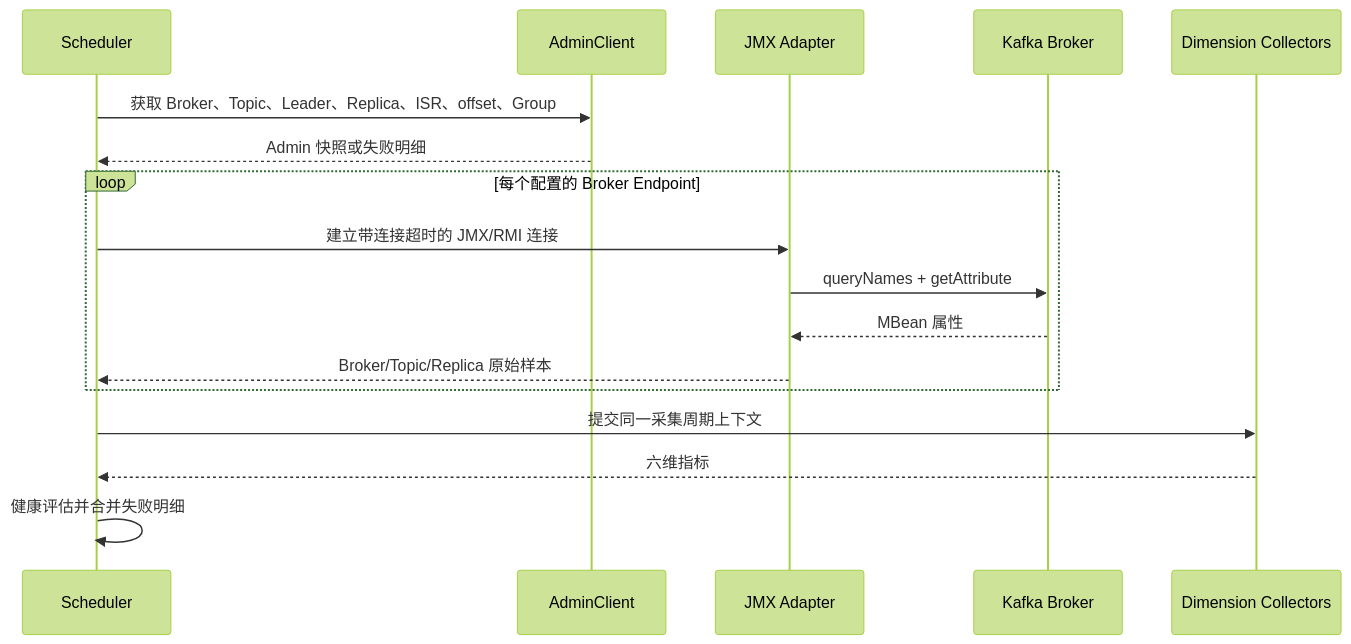
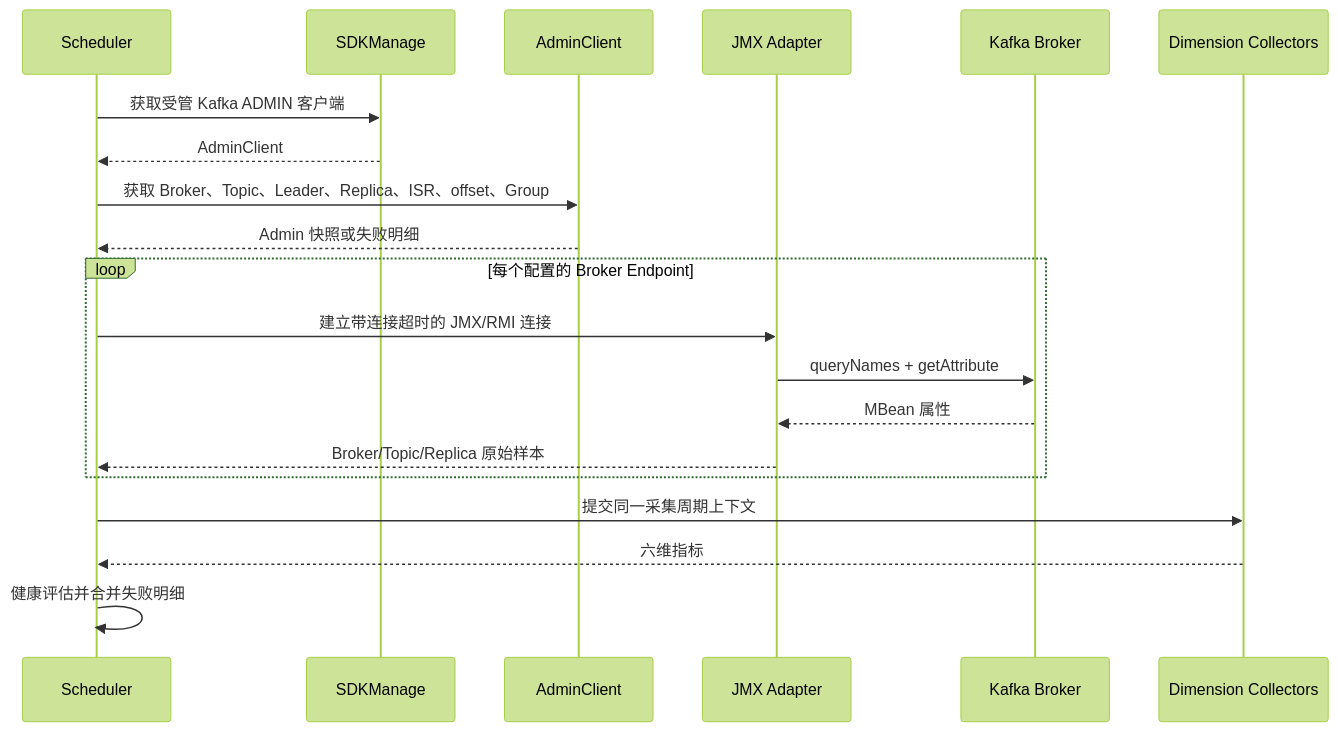
One commit to SwimmingLiu/eventmesh-dashboard changed the fifth of 6 diagrams in doc/Kafka指标采集设计.md. Above: the diagram before and after it, drawn with Mermaid (forest theme). The commit also changed other lines of this file and 44 other files, not shown here.

````diff
--- a/doc/Kafka指标采集设计.md
+++ b/doc/Kafka指标采集设计.md
@@ -84,20 +192,23 @@
 ```mermaid
 sequenceDiagram
     participant S as Scheduler
+    participant M as SDKManage
     participant A as AdminClient
     participant J as JMX Adapter
     participant B as Kafka Broker
     participant D as Dimension Collectors
 
+    S->>M: 获取受管 Kafka ADMIN 客户端
+    M-->>S: AdminClient
     S->>A: 获取 Broker、Topic、Leader、Replica、ISR、offset、Group
     A-->>S: Admin 快照或失败明细
     loop 每个配置的 Broker Endpoint
         S->>J: 建立带连接超时的 JMX/RMI 连接
         J->>B: queryNames + getAttribute
         B-->>J: MBean 属性
         J-->>S: Broker/Topic/Replica 原始样本
     end
     S->>D: 提交同一采集周期上下文
     D-->>S: 六维指标
     S->>S: 健康评估并合并失败明细
 ```
````
